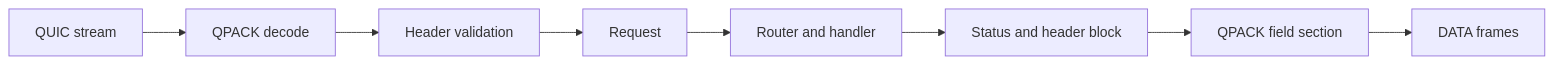
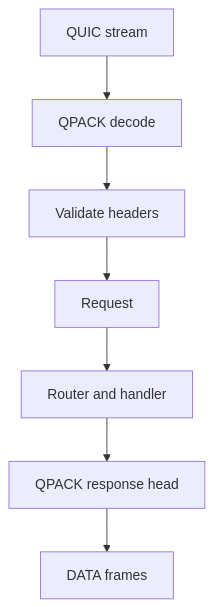
The diagram in apps/uwz-docs/docs/docs/http3/request-path.mdx (farbenbuilds/websites), drawn with Mermaid before and after one commit. The commit also changed 1 other file, not shown here.

Commit message:
docs(uwz-docs): make the HTTP/3 request-path diagram vertical
A horizontal eight-node flowchart scaled down to fit the prose column, which made its labels too small. Use a vertical seven-node flow so the diagram renders at its natural text size in both locales.

````diff
--- a/apps/uwz-docs/docs/docs/http3/request-path.mdx
+++ b/apps/uwz-docs/docs/docs/http3/request-path.mdx
@@ -15,10 +15,9 @@
 ```mermaid
-flowchart LR
+flowchart TD
     A[QUIC stream] --> B[QPACK decode]
-    B --> C[Header validation]
+    B --> C[Validate headers]
     C --> D[Request]
     D --> E[Router and handler]
-    E --> F[Status and header block]
-    F --> G[QPACK field section]
-    G --> H[DATA frames]
+    E --> F[QPACK response head]
+    F --> G[DATA frames]
 ```
````
